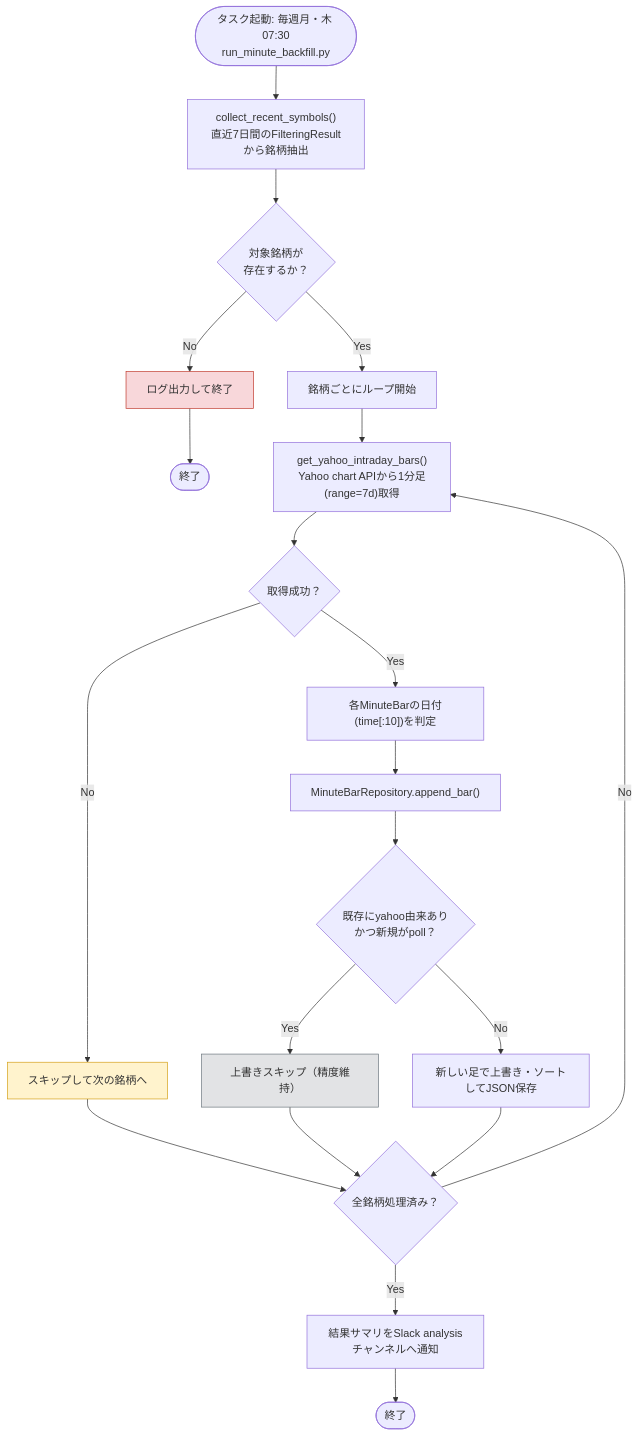
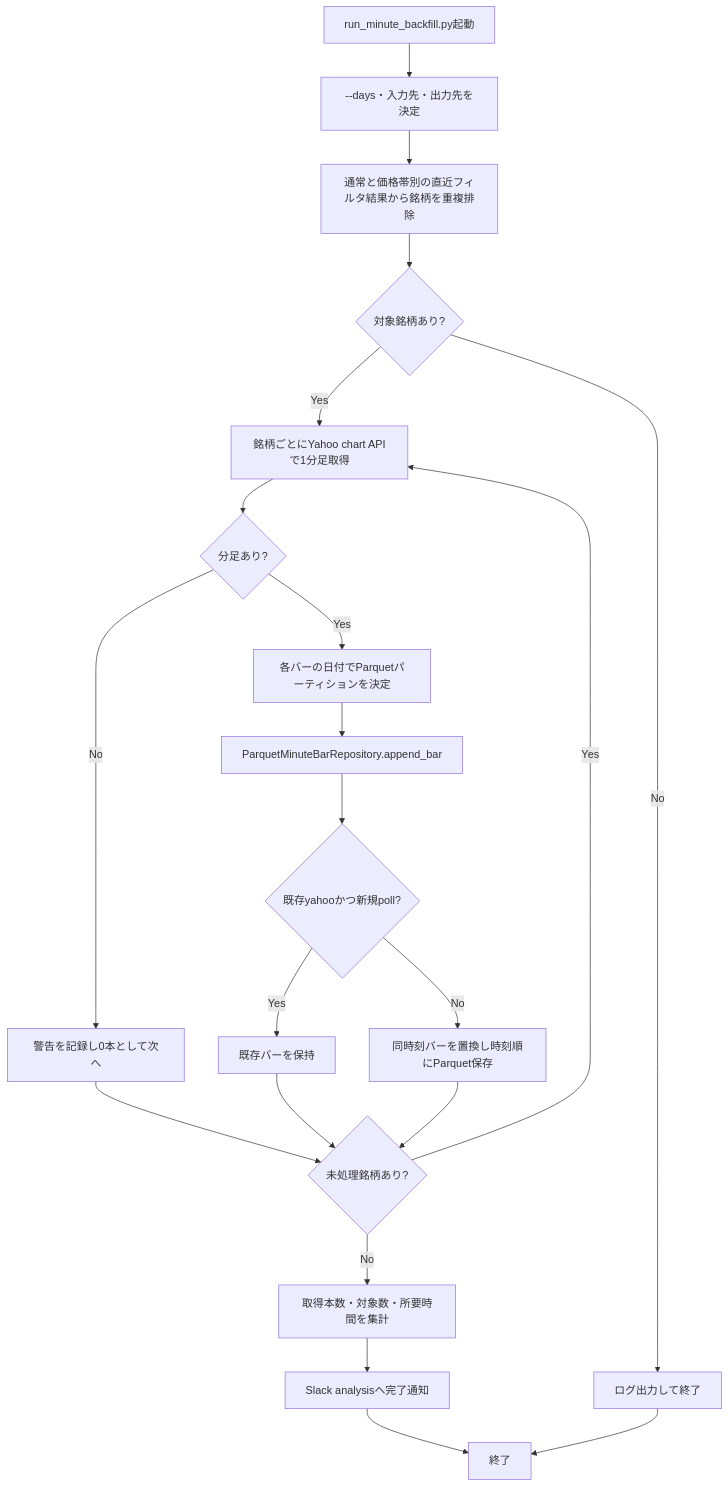
The diagram in docs/detail_design/04-minute-bar-backfill-design.md (kiyoto-aizu/trade-pjoject), drawn with Mermaid before and after one commit. The commit also changed other lines of this file and 1 other file, not shown here.

Commit message:
docs: align cache and backfill architecture with code

````diff
--- a/docs/detail_design/04-minute-bar-backfill-design.md
+++ b/docs/detail_design/04-minute-bar-backfill-design.md
@@ -37,29 +37,23 @@
 ```mermaid
 flowchart TD
-    Start(["タスク起動: 毎週月・木 07:30<br/>run_minute_backfill.py"]) --> A1["collect_recent_symbols()<br/>直近7日間のFilteringResultから銘柄抽出"]
-    A1 --> A2{"対象銘柄が<br/>存在するか？"}
-    A2 -->|No| A2a["ログ出力して終了"]
-    A2a --> End(["終了"])
-
-    A2 -->|Yes| B1["銘柄ごとにループ開始"]
-    B1 --> B2["get_yahoo_intraday_bars()<br/>Yahoo chart APIから1分足(range=7d)取得"]
-    B2 --> B3{"取得成功？"}
-    B3 -->|No| B3a["スキップして次の銘柄へ"]
-    B3 -->|Yes| C1["各MinuteBarの日付(time[:10])を判定"]
-
-    C1 --> C2["MinuteBarRepository.append_bar()"]
-    C2 --> C3{"既存にyahoo由来あり<br/>かつ新規がpoll？"}
-    C3 -->|Yes| C3a["上書きスキップ（精度維持）"]
-    C3 -->|No| C3b["新しい足で上書き・ソートしてJSON保存"]
-
-    B3a --> NextSymbol{"全銘柄処理済み？"}
-    C3a --> NextSymbol
-    C3b --> NextSymbol
-    NextSymbol -->|No| B2
-    NextSymbol -->|Yes| D1["結果サマリをSlack analysisチャンネルへ通知"]
-    D1 --> End2(["終了"])
-
-    style A2a fill:#f8d7da,stroke:#c0392b
-    style B3a fill:#fff3cd,stroke:#d4a017
-    style C3a fill:#e2e3e5,stroke:#6c757d
+    Start["run_minute_backfill.py起動"] --> Args["--days・入力先・出力先を決定"]
+    Args --> Collect["通常と価格帯別の直近フィルタ結果から銘柄を重複排除"]
+    Collect --> HasSymbols{"対象銘柄あり?"}
+    HasSymbols -->|No| NoWork["ログ出力して終了"]
+    HasSymbols -->|Yes| Fetch["銘柄ごとにYahoo chart APIで1分足取得"]
+    Fetch --> HasBars{"分足あり?"}
+    HasBars -->|No| Empty["警告を記録し0本として次へ"]
+    HasBars -->|Yes| EachBar["各バーの日付でParquetパーティションを決定"]
+    EachBar --> Append["ParquetMinuteBarRepository.append_bar"]
+    Append --> Priority{"既存yahooかつ新規poll?"}
+    Priority -->|Yes| Keep["既存バーを保持"]
+    Priority -->|No| Write["同時刻バーを置換し時刻順にParquet保存"]
+    Empty --> More{"未処理銘柄あり?"}
+    Keep --> More
+    Write --> More
+    More -->|Yes| Fetch
+    More -->|No| Summary["取得本数・対象数・所要時間を集計"]
+    Summary --> Notify["Slack analysisへ完了通知"]
+    Notify --> End["終了"]
+    NoWork --> End
 ```
````
